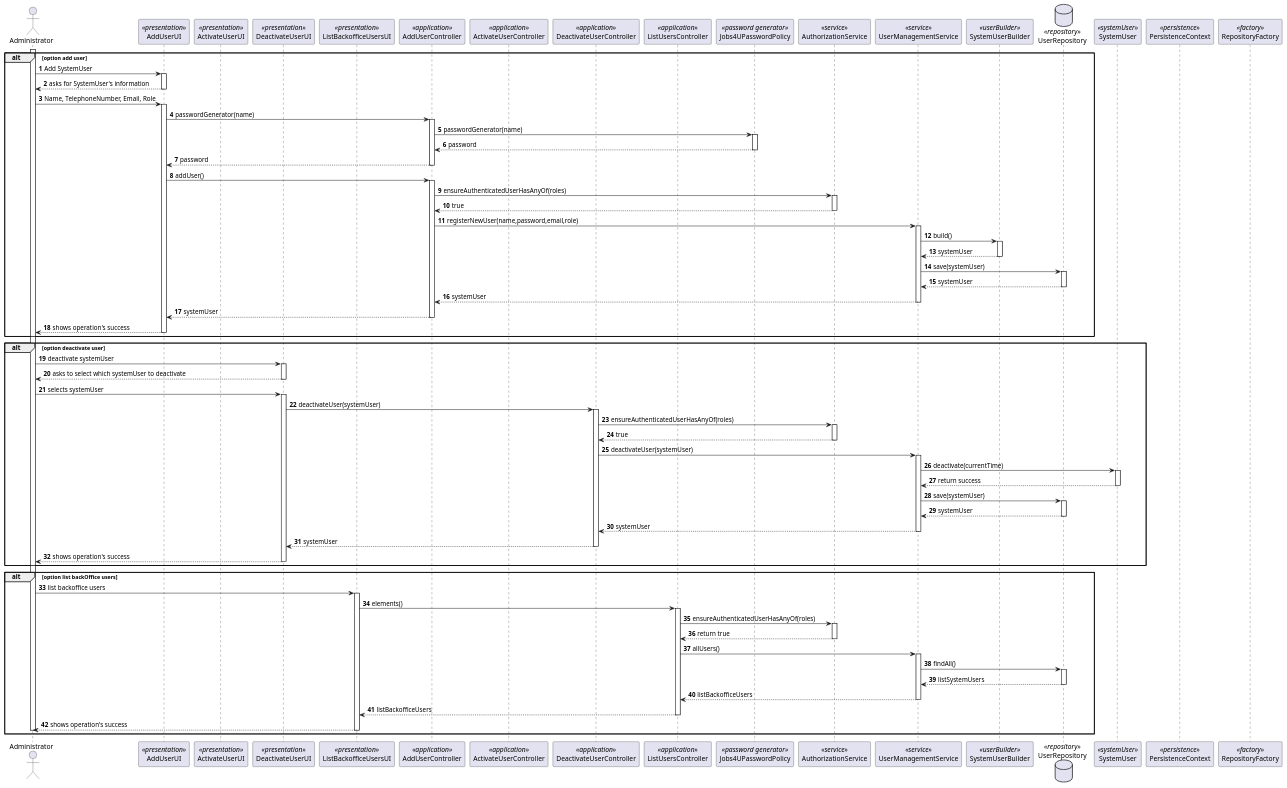
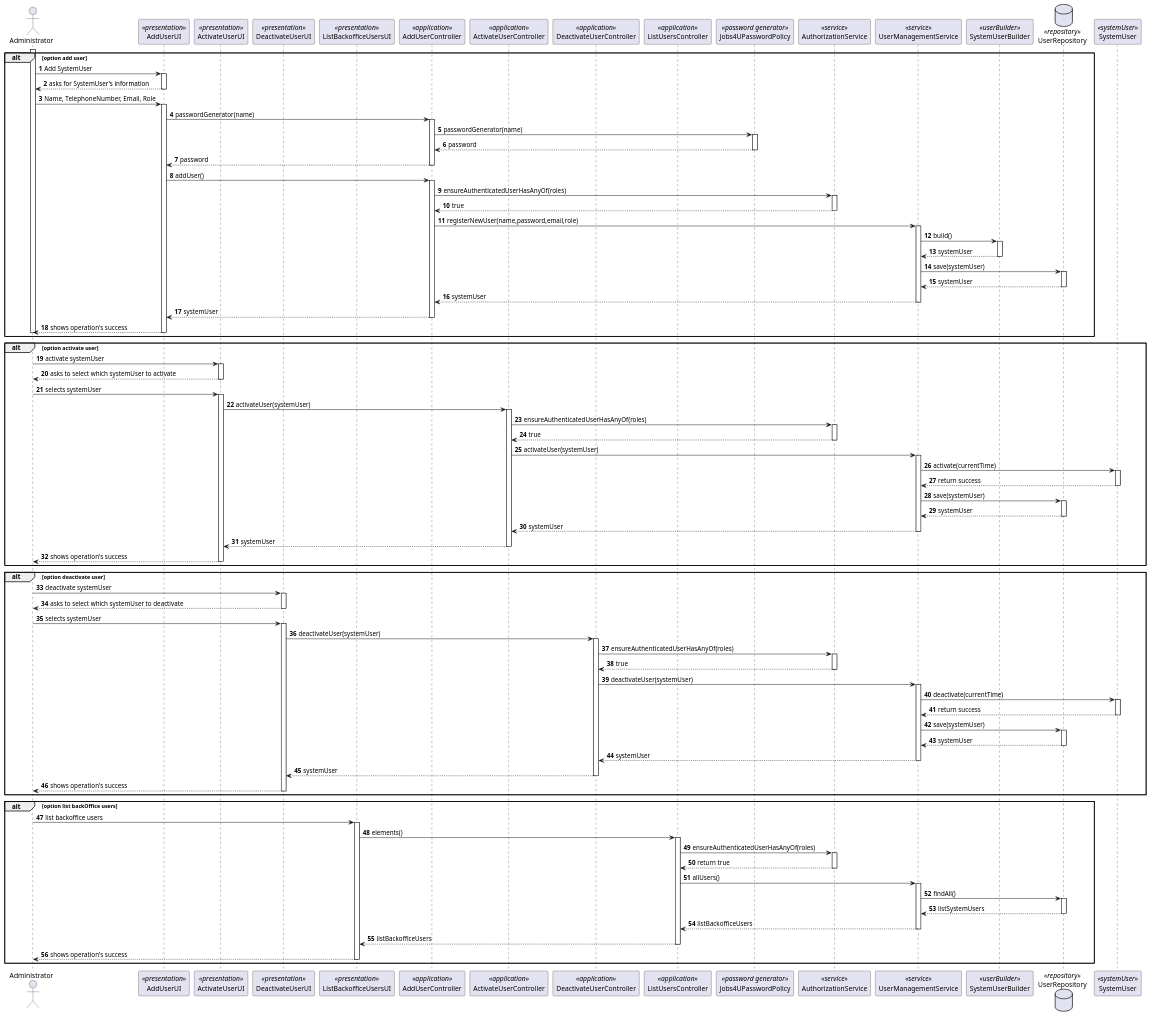
Before and after one commit to MiguelCardoso77/LAPR4: the diagram in docs/SprintB/1000/1000-sequence-diagram-overview.puml, drawn with PlantUML.

Commit message:
#8 sequence diagram overview update

```diff
--- a/docs/SprintB/1000/1000-sequence-diagram-overview.puml
+++ b/docs/SprintB/1000/1000-sequence-diagram-overview.puml
@@ -22,8 +22,6 @@
 database UserRepository <<repository>>
 participant SystemUser <<systemUser>>
 
-participant PersistenceContext <<persistence>>
-participant RepositoryFactory <<factory>>
 
 
 activate Administrator
@@ -99,7 +97,74 @@
     AddUserUI --> Administrator : shows operation's success
 
         deactivate AddUserUI
+
+        deactivate Administrator
 end alt
+
+
+
+
+
+alt option activate user
+    Administrator -> ActivateUserUI: activate systemUser
+
+        activate ActivateUserUI
+
+    ActivateUserUI --> Administrator: asks to select which systemUser to activate
+
+        deactivate ActivateUserUI
+
+    Administrator -> ActivateUserUI: selects systemUser
+
+        activate ActivateUserUI
+
+    ActivateUserUI -> ActivateUserController: activateUser(systemUser)
+
+        activate ActivateUserController
+
+    ActivateUserController -> AuthorizationService: ensureAuthenticatedUserHasAnyOf(roles)
+
+        activate AuthorizationService
+
+    AuthorizationService --> ActivateUserController: true
+
+        deactivate AuthorizationService
+
+    ActivateUserController -> UserManagementService: activateUser(systemUser)
+
+        activate UserManagementService
+
+    UserManagementService -> SystemUser: activate(currentTime)
+
+        activate SystemUser
+
+    SystemUser --> UserManagementService: return success
+
+        deactivate SystemUser
+
+    UserManagementService -> UserRepository: save(systemUser)
+
+        activate UserRepository
+
+    UserRepository --> UserManagementService: systemUser
+
+        deactivate UserRepository
+
+    UserManagementService --> ActivateUserController: systemUser
+
+        deactivate UserManagementService
+
+    ActivateUserController --> ActivateUserUI: systemUser
+
+        deactivate ActivateUserController
+
+    ActivateUserUI --> Administrator : shows operation's success
+
+        deactivate ActivateUserUI
+
+        deactivate Administrator
+end alt
+
 
 
 
@@ -161,6 +226,7 @@
 
         deactivate DeactivateUserUI
 
+        deactivate Administrator
 end alt
 
 
@@ -210,7 +276,8 @@
         deactivate ListBackofficeUsersUI
 
         deactivate Administrator
-
 end alt
 
+
+
 @enduml
```
